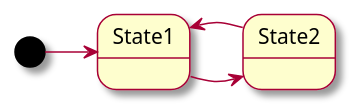
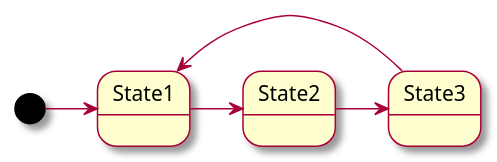
One commit to Lecrapouille/PlantUMLStatecharts changed the diagram in examples/InfiniteLoop.plantuml. Above: the diagram before and after it, drawn with PlantUML. The commit also changed 1 other file, not shown here.

```diff
--- a/examples/InfiniteLoop.plantuml
+++ b/examples/InfiniteLoop.plantuml
@@ -1,8 +1,9 @@
 @startuml
 skin rose
 
 [*] -> State1
 State1 -> State2
-State2 -> State1
+State2 -> State3
+State3 -> State1
 
 @enduml
```
